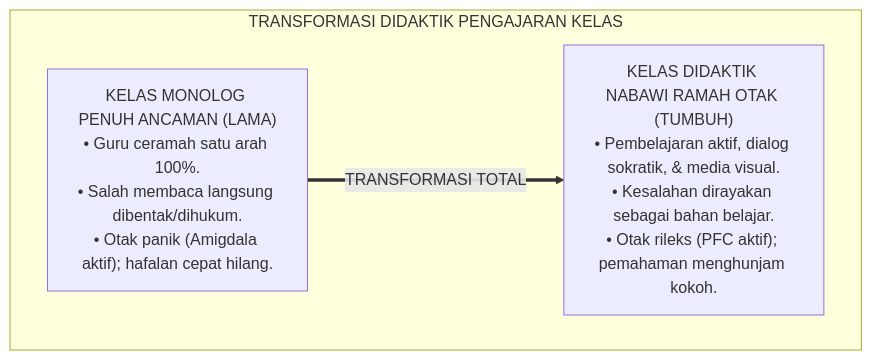
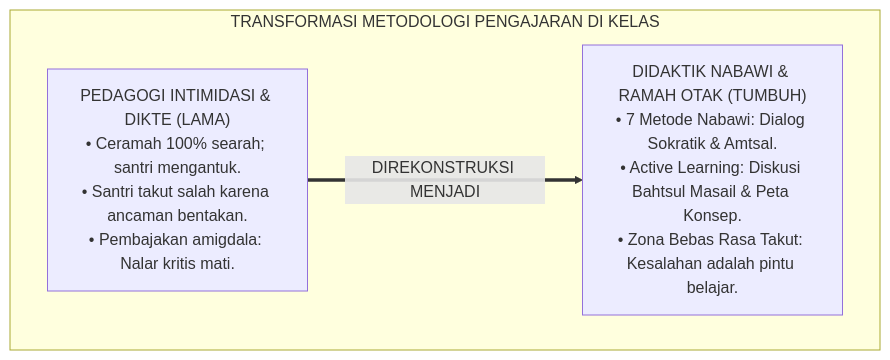
The first of 4 diagrams in 01 Philosophy/04 Education/P1-04-04-Didaktik-Pengajaran-dan-Manajemen-Kelas-Positif.md (wandiapriliyandi/tumbuh), drawn with Mermaid before and after one commit. The commit also changed other lines of this file and 7 other files, not shown here.

````diff
--- a/01 Philosophy/04 Education/P1-04-04-Didaktik-Pengajaran-dan-Manajemen-Kelas-Positif.md
+++ b/01 Philosophy/04 Education/P1-04-04-Didaktik-Pengajaran-dan-Manajemen-Kelas-Positif.md
@@ -70,10 +56,10 @@
 ```mermaid
 flowchart TD
-    subgraph DidaktikNabawiRamahOtak["TRANSFORMASI DIDAKTIK PENGAJARAN KELAS"]
-        KelasLama["KELAS MONOLOG PENUH ANCAMAN (LAMA)<br/>• Guru ceramah satu arah 100%.<br/>• Salah membaca langsung dibentak/dihukum.<br/>• Otak panik (Amigdala aktif); hafalan cepat hilang."]
+    subgraph TransformasiDidaktikKelas["TRANSFORMASI METODOLOGI PENGAJARAN DI KELAS"]
+        PolaMonologLama["PEDAGOGI INTIMIDASI & DIKTE (LAMA)<br/>• Ceramah 100% searah; santri mengantuk.<br/>• Santri takut salah karena ancaman bentakan.<br/>• Pembajakan amigdala: Nalar kritis mati."]
         
-        KelasTUMBUH["KELAS DIDAKTIK NABAWI RAMAH OTAK (TUMBUH)<br/>• Pembelajaran aktif, dialog sokratik, & media visual.<br/>• Kesalahan dirayakan sebagai bahan belajar.<br/>• Otak rileks (PFC aktif); pemahaman menghunjam kokoh."]
+        PolaDidaktikTUMBUH["DIDAKTIK NABAWI & RAMAH OTAK (TUMBUH)<br/>• 7 Metode Nabawi: Dialog Sokratik & Amtsal.<br/>• Active Learning: Diskusi Bahtsul Masail & Peta Konsep.<br/>• Zona Bebas Rasa Takut: Kesalahan adalah pintu belajar."]
         
-        KelasLama ==>|TRANSFORMASI TOTAL| KelasTUMBUH
+        PolaMonologLama ==>|DIREKONSTRUKSI MENJADI| PolaDidaktikTUMBUH
     end
 ```
````
